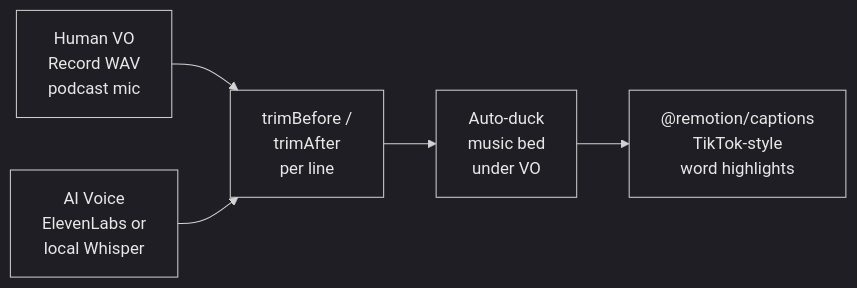
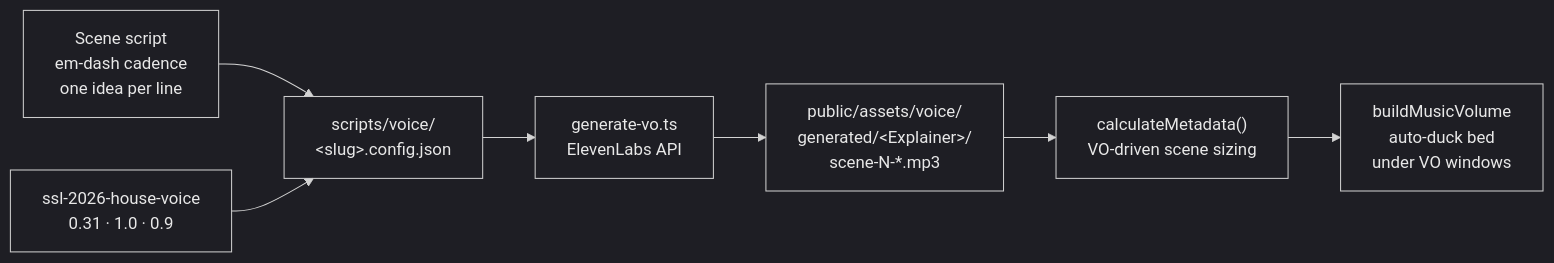
One commit to sellersessions/claude-remotion-flow changed the fourth of 5 diagrams in README.md. Above: the diagram before and after it, drawn with Mermaid. The commit also changed other lines of this file, not shown here.

````diff
--- a/README.md
+++ b/README.md
@@ -188,14 +206,18 @@
 ```mermaid
 %%{init: {'theme': 'dark', 'themeVariables': {'nodeTextColor': '#e8e8e8', 'primaryTextColor': '#e8e8e8', 'secondaryTextColor': '#cccccc', 'tertiaryTextColor': '#cccccc', 'clusterBkg': 'transparent', 'clusterBorder': '#8b949e'}}}%%
 graph LR
-    HUMAN["Human VO<br/>Record WAV<br/>podcast mic"] --> TRIM["trimBefore /<br/>trimAfter<br/>per line"]
-    AI["AI Voice<br/>ElevenLabs or<br/>local Whisper"] --> TRIM
-    TRIM --> DUCK["Auto-duck<br/>music bed<br/>under VO"]
-    DUCK --> CAPTIONS["@remotion/captions<br/>TikTok-style<br/>word highlights"]
+    SCRIPT["Scene script<br/>em-dash cadence<br/>one idea per line"] --> CONFIG["scripts/voice/<br/>&lt;slug&gt;.config.json"]
+    PRESET["ssl-2026-house-voice<br/>0.31 · 1.0 · 0.9"] --> CONFIG
+    CONFIG --> GEN["generate-vo.ts<br/>ElevenLabs API"]
+    GEN --> MP3S["public/assets/voice/<br/>generated/&lt;Explainer&gt;/<br/>scene-N-*.mp3"]
+    MP3S --> META["calculateMetadata()<br/>VO-driven scene sizing"]
+    META --> DUCK["buildMusicVolume<br/>auto-duck bed<br/>under VO windows"]
 
-    style HUMAN fill:none,stroke-width:1px,color:#e8e8e8
-    style AI fill:none,stroke-width:1px,color:#e8e8e8
-    style TRIM fill:none,stroke-width:1px,color:#e8e8e8
+    style SCRIPT fill:none,stroke-width:1px,color:#e8e8e8
+    style PRESET fill:none,stroke-width:1px,color:#e8e8e8
+    style CONFIG fill:none,stroke-width:1px,color:#e8e8e8
+    style GEN fill:none,stroke-width:1px,color:#e8e8e8
+    style MP3S fill:none,stroke-width:1px,color:#e8e8e8
+    style META fill:none,stroke-width:1px,color:#e8e8e8
     style DUCK fill:none,stroke-width:1px,color:#e8e8e8
-    style CAPTIONS fill:none,stroke-width:1px,color:#e8e8e8
 ```
````
